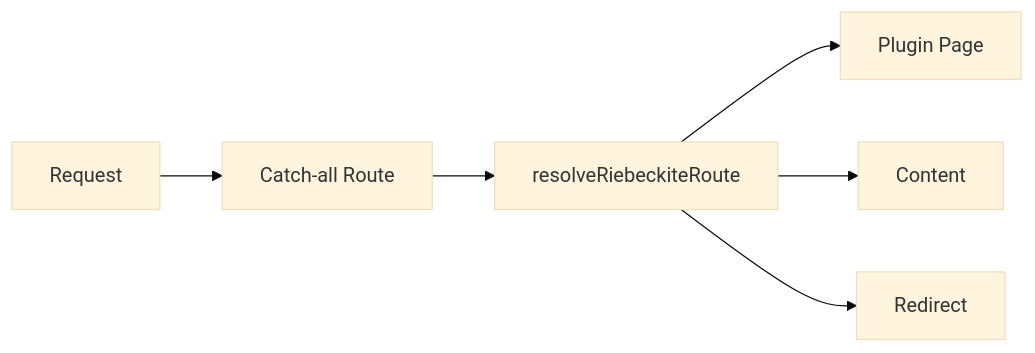
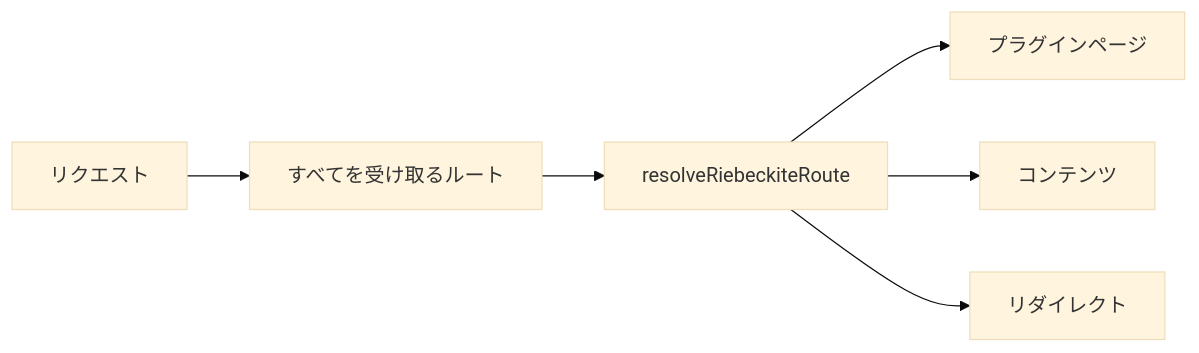
Before and after one commit to Rerurate514/riebeckite: the fifth of 14 diagrams in docs/docs/framework/page-system.ja.md, drawn with Mermaid (base theme). The commit also changed other lines of this file and 310 other files, not shown here.

````diff
--- a/docs/docs/framework/page-system.ja.md
+++ b/docs/docs/framework/page-system.ja.md
@@ -138,16 +124,16 @@
 ```mermaid id="ic50kb"
 flowchart LR
-    Request["Request"]
-    Catch["Catch-all Route"]
+    Request["リクエスト"]
+    Catch["すべてを受け取るルート"]
     Resolver["resolveRiebeckiteRoute"]
-    Page["Plugin Page"]
-    Content["Content"]
-    Redirect["Redirect"]
+    Page["プラグインページ"]
+    Content["コンテンツ"]
+    Redirect["リダイレクト"]
 
     Request --> Catch
     Catch --> Resolver
 
     Resolver --> Page
     Resolver --> Content
     Resolver --> Redirect
 ```
````
